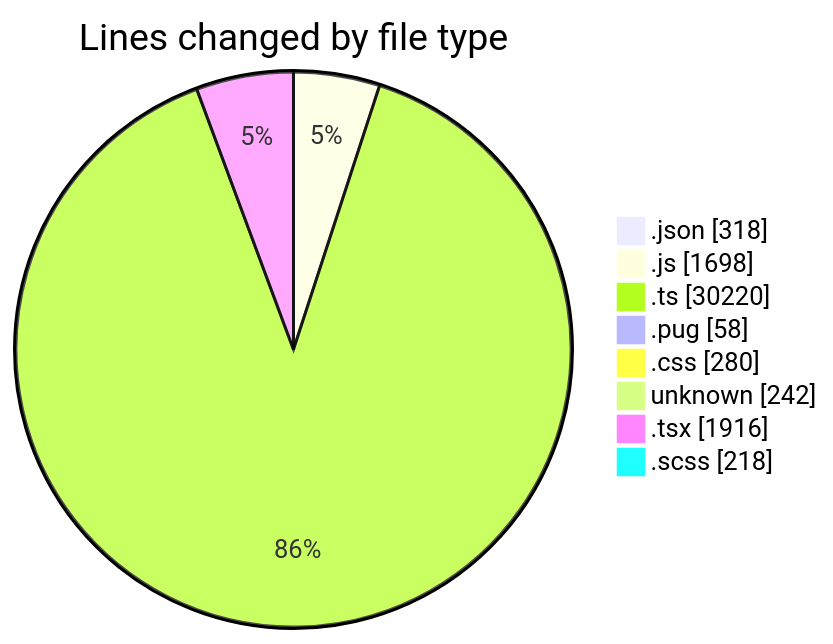
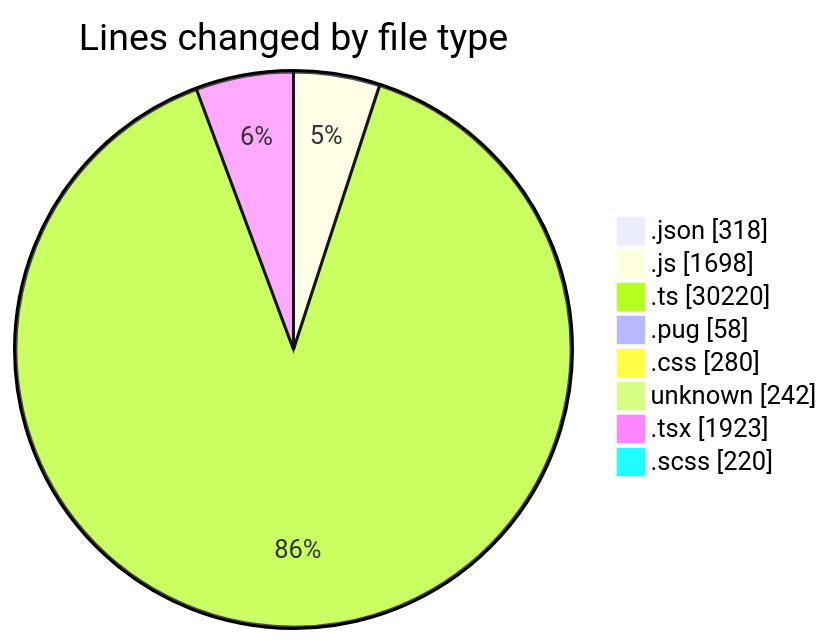
One commit to momahboobian/code-tracking changed the first of 2 diagrams in 2026-06-02/cda/README.md. Above: the diagram before and after it, drawn with Mermaid. The commit also changed other lines of this file and 1 other file, not shown here.

````diff
--- a/2026-06-02/cda/README.md
+++ b/2026-06-02/cda/README.md
@@ -66,12 +66,12 @@
 ```mermaid
 pie showData
 title Lines changed by file type
 ".json" : 318
 ".js" : 1698
 ".ts" : 30220
 ".pug" : 58
 ".css" : 280
 "unknown" : 242
-".tsx" : 1916
-".scss" : 218
+".tsx" : 1923
+".scss" : 220
 ```
````
